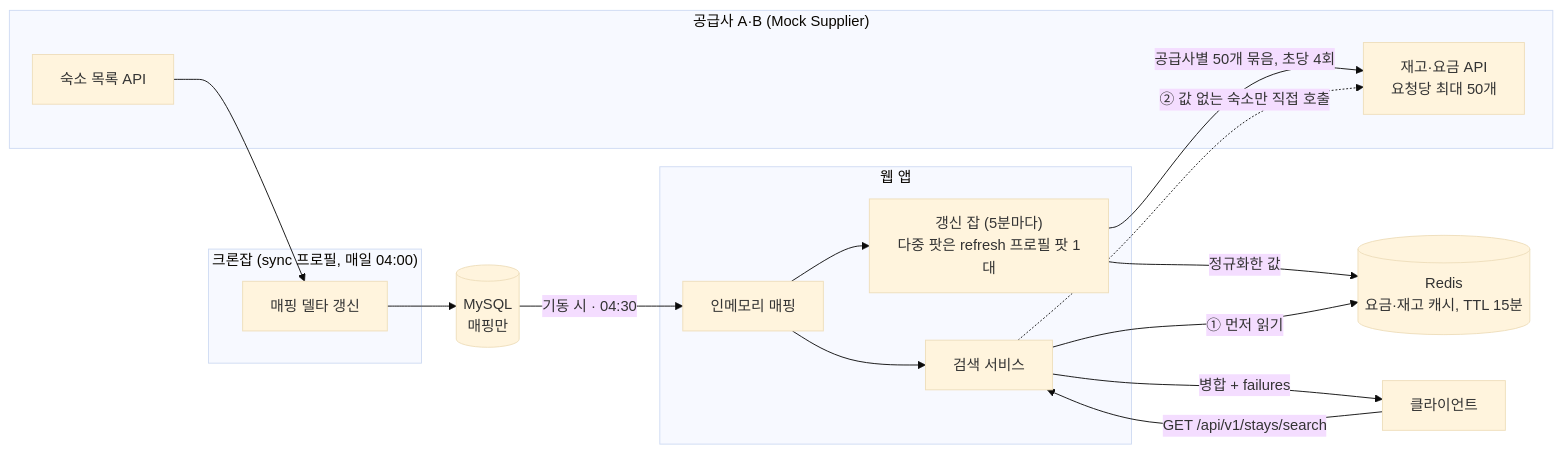
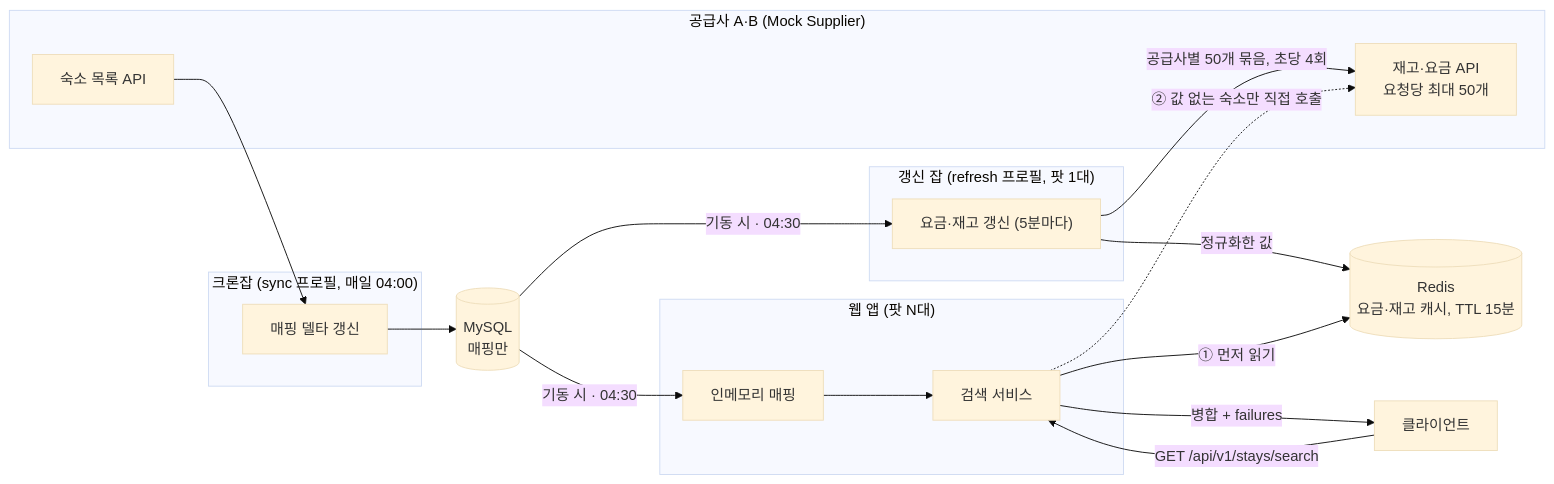
One commit to mjkang4416/stay-supplier-integration changed the diagram in README.md. Above: the diagram before and after it, drawn with Mermaid (base theme). The commit also changed other lines of this file and 1 other file, not shown here.

Commit message:
docs: 구성도에서 요금·재고 갱신 잡을 웹 앱 상자 밖의 refresh 프로필 팟으로 옮김
갱신 잡이 전용 팟에서 돌게 됐는데 README 3장과 architecture 1장 그림은
아직 웹 앱 상자 안에 있었다. 크론잡처럼 별도 상자로 빼고, 갱신 잡 팟도
DB 에서 매핑을 자기 인메모리로 올린다는 화살표를 넣는다. 팟이 하나뿐인
로컬에서는 웹 앱 안에서 같이 돈다는 것을 설명에 적는다.

````diff
--- a/README.md
+++ b/README.md
@@ -36,29 +36,31 @@
 ```mermaid
 flowchart LR
     subgraph supplier["공급사 A·B (Mock Supplier)"]
         LIST["숙소 목록 API"]
         AVAIL["재고·요금 API<br/>요청당 최대 50개"]
     end
     subgraph cron["크론잡 (sync 프로필, 매일 04:00)"]
         SYNC["매핑 델타 갱신"]
     end
-    subgraph app["웹 앱"]
+    subgraph app["웹 앱 (팟 N대)"]
         REG["인메모리 매핑"]
-        REFRESH["갱신 잡 (5분마다)<br/>다중 팟은 refresh 프로필 팟 1대"]
         SEARCH["검색 서비스"]
+    end
+    subgraph refresh["갱신 잡 (refresh 프로필, 팟 1대)"]
+        REFRESH["요금·재고 갱신 (5분마다)"]
     end
     DB[("MySQL<br/>매핑만")]
     REDIS[("Redis<br/>요금·재고 캐시, TTL 15분")]
     CLIENT["클라이언트"]
 
     LIST --> SYNC --> DB
     DB -->|"기동 시 · 04:30"| REG
-    REG --> REFRESH
+    DB -->|"기동 시 · 04:30"| REFRESH
     REG --> SEARCH
     REFRESH -->|"공급사별 50개 묶음, 초당 4회"| AVAIL
     REFRESH -->|"정규화한 값"| REDIS
     CLIENT -->|"GET /api/v1/stays/search"| SEARCH
     SEARCH -->|"① 먼저 읽기"| REDIS
     SEARCH -.->|"② 값 없는 숙소만 직접 호출"| AVAIL
     SEARCH -->|"병합 + failures"| CLIENT
 ```
````
